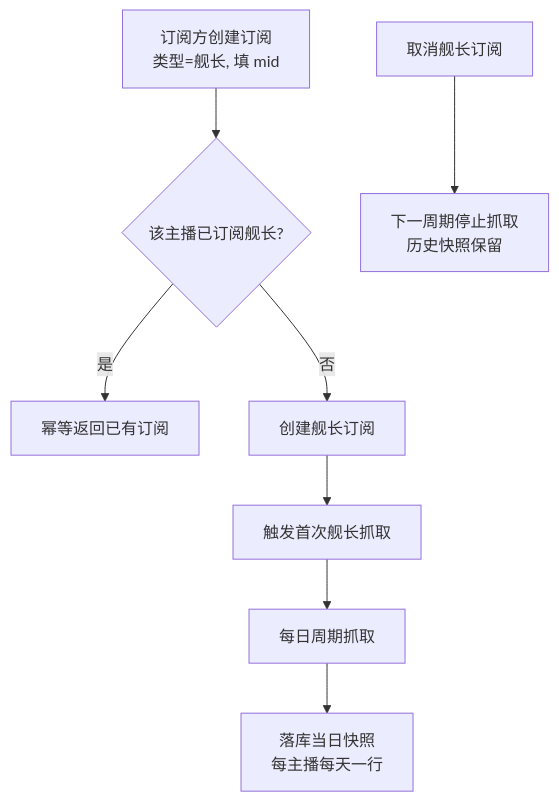
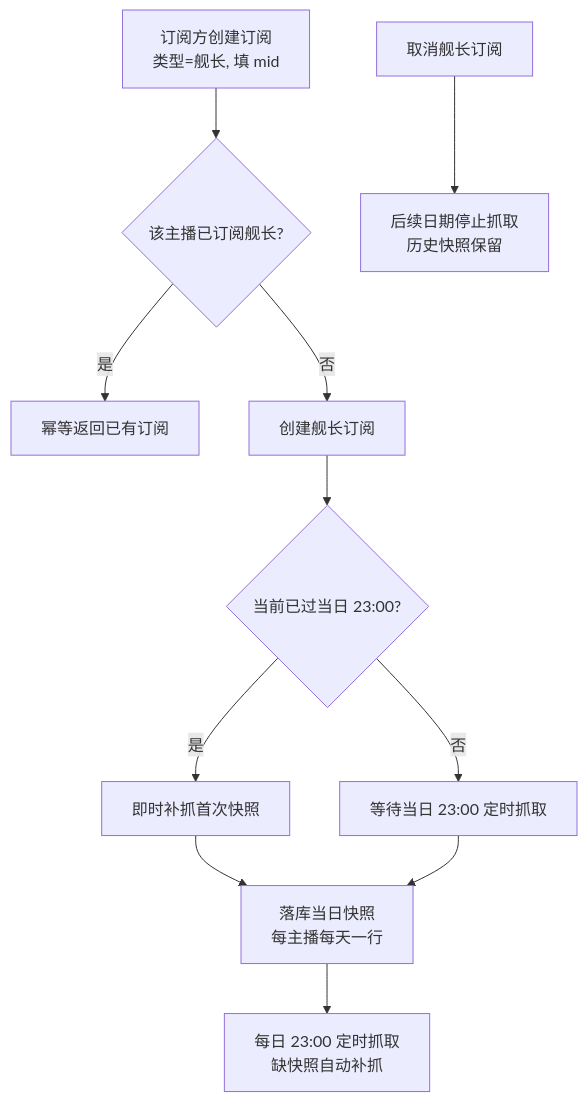
The first of 2 diagrams in docs/product/draft/20260831-live-guard-crawl-prd.md (Deliay/z-vtuber), drawn with Mermaid before and after one commit. The commit also changed other lines of this file and 1 other file, not shown here.

````diff
--- a/docs/product/draft/20260831-live-guard-crawl-prd.md
+++ b/docs/product/draft/20260831-live-guard-crawl-prd.md
@@ -97,10 +100,13 @@
 ```mermaid
 flowchart TD
     A[订阅方创建订阅<br/>类型=舰长, 填 mid] --> B{该主播已订阅舰长?}
     B -- 是 --> C[幂等返回已有订阅]
     B -- 否 --> D[创建舰长订阅]
-    D --> E[触发首次舰长抓取]
-    E --> F[每日周期抓取]
-    F --> G[落库当日快照<br/>每主播每天一行]
-    H[取消舰长订阅] --> I[下一周期停止抓取<br/>历史快照保留]
+    D --> E{当前已过当日 23:00?}
+    E -- 是 --> F[即时补抓首次快照]
+    E -- 否 --> G[等待当日 23:00 定时抓取]
+    F --> H[落库当日快照<br/>每主播每天一行]
+    G --> H
+    H --> I[每日 23:00 定时抓取<br/>缺快照自动补抓]
+    J[取消舰长订阅] --> K[后续日期停止抓取<br/>历史快照保留]
 ```
````
